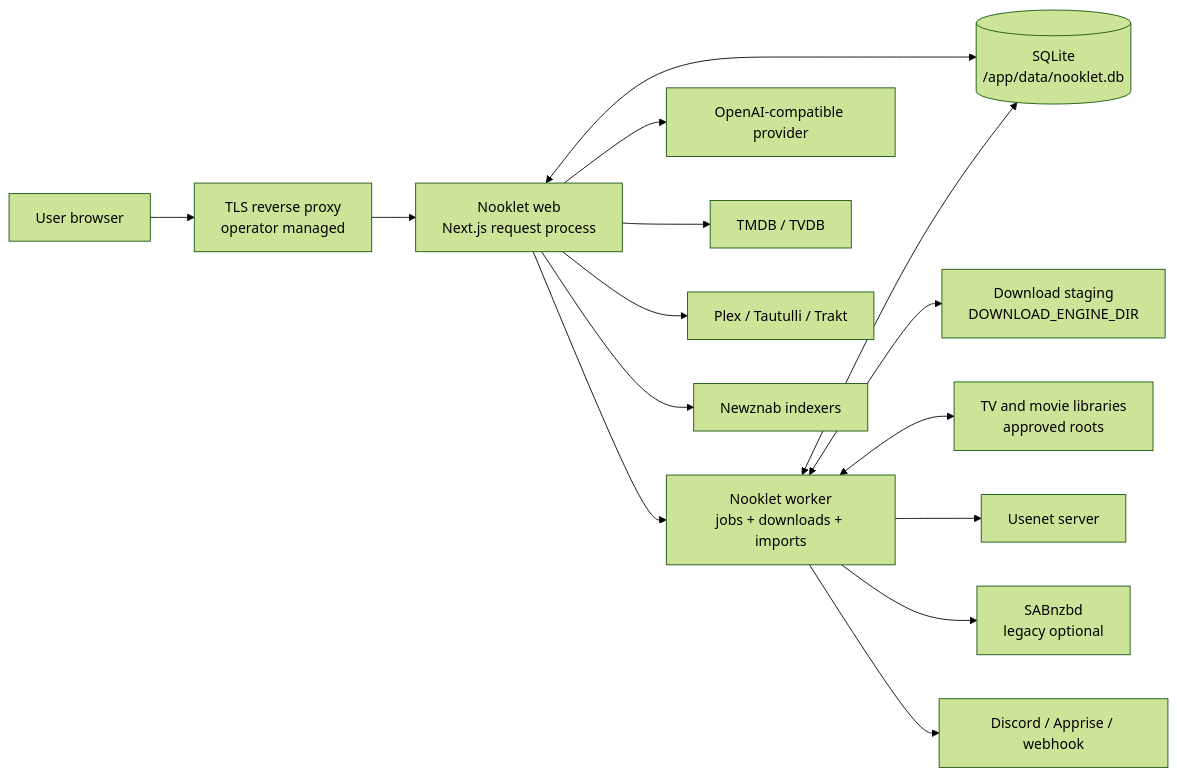
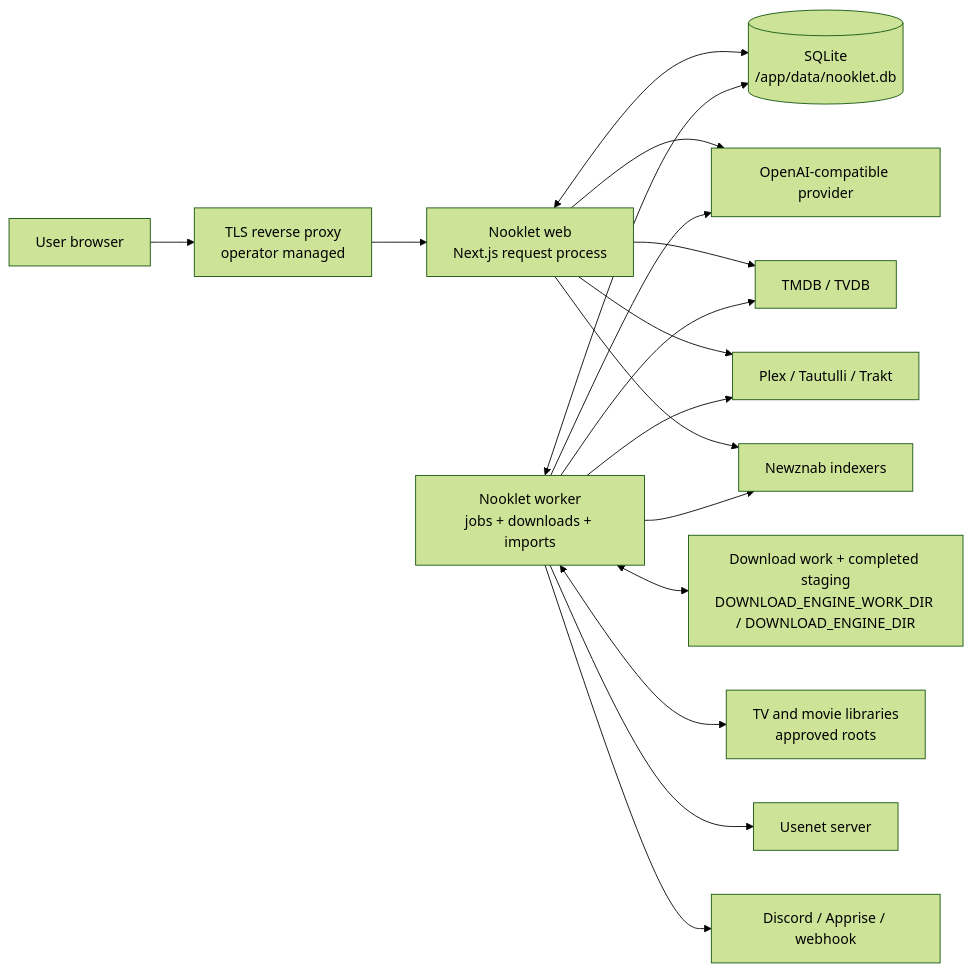
One commit to TannerMidd/Nooklet changed the first of 5 diagrams in docs/wiki/Architecture.md. Above: the diagram before and after it, drawn with Mermaid (forest theme). The commit also changed other lines of this file and 351 other files, not shown here.

````diff
--- a/docs/wiki/Architecture.md
+++ b/docs/wiki/Architecture.md
@@ -11,31 +11,32 @@
 ```mermaid
 flowchart LR
   Person["User browser"]
   Proxy["TLS reverse proxy\noperator managed"]
   App["Nooklet web\nNext.js request process"]
   Worker["Nooklet worker\njobs + downloads + imports"]
   DB[("SQLite\n/app/data/nooklet.db")]
-  Stage["Download staging\nDOWNLOAD_ENGINE_DIR"]
+  Stage["Download work + completed staging\nDOWNLOAD_ENGINE_WORK_DIR / DOWNLOAD_ENGINE_DIR"]
   Media["TV and movie libraries\napproved roots"]
   AI["OpenAI-compatible provider"]
   Metadata["TMDB / TVDB"]
   History["Plex / Tautulli / Trakt"]
   Indexers["Newznab indexers"]
   News["Usenet server"]
-  SAB["SABnzbd\nlegacy optional"]
   Notify["Discord / Apprise / webhook"]
 
   Person --> Proxy --> App
   App <--> DB
   Worker <--> DB
   Worker <--> Stage
   Worker <--> Media
-  App --> Worker
   App --> AI
   App --> Metadata
   App --> History
   App --> Indexers
+  Worker --> AI
+  Worker --> Metadata
+  Worker --> History
+  Worker --> Indexers
   Worker --> News
-  Worker --> SAB
   Worker --> Notify
 ```
````
